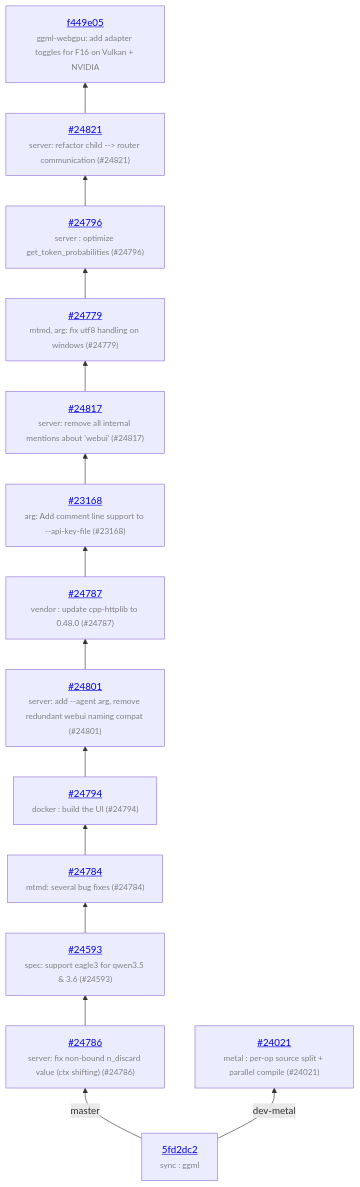
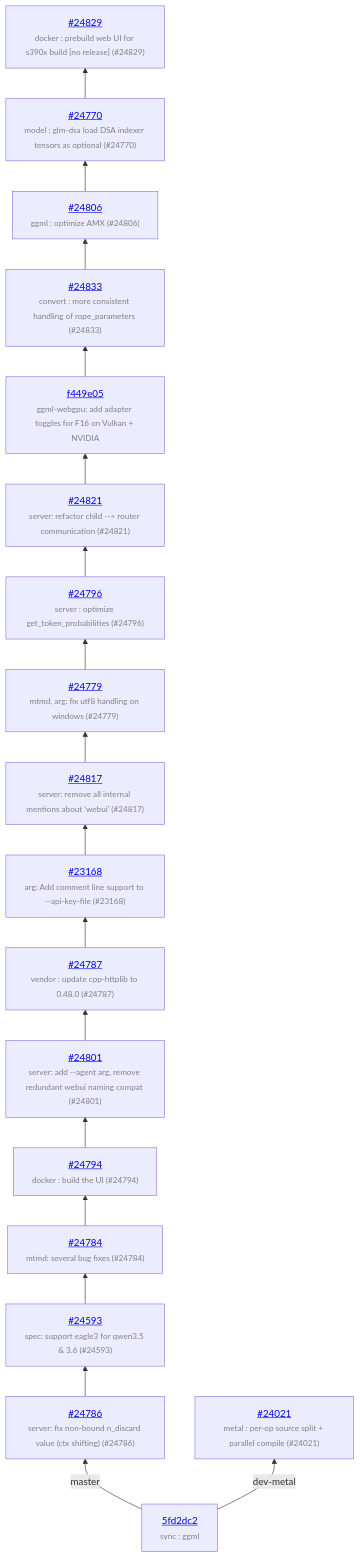
Before and after one commit to ggml-org/llama.cpp-dev: the diagram in README.md, drawn with Mermaid. The commit also changed other lines of this file and 1 other file, not shown here.

Commit message:
auto: update

````diff
--- a/README.md
+++ b/README.md
@@ -13,30 +13,38 @@
 ```mermaid
 graph BT
     COMMON["<a href='https://github.com/ggml-org/llama.cpp/commit/5fd2dc2c41c342a75c26f9756ca6b1814ed05fb4'>5fd2dc2</a><br/><span style='font-size:smaller;color:gray'>sync : ggml</span>"]
     COMMON -->|master| C_159d093
     C_159d093["<a href='https://github.com/ggml-org/llama.cpp/pull/24786'>#24786</a><br/><span style='font-size:smaller;color:gray'>server: fix non-bound n_discard value (ctx shifting) (#24786)</span>"]
     C_159d093 --> C_b14e3fb
     C_b14e3fb["<a href='https://github.com/ggml-org/llama.cpp/pull/24593'>#24593</a><br/><span style='font-size:smaller;color:gray'>spec: support eagle3 for qwen3.5 & 3.6 (#24593)</span>"]
     C_b14e3fb --> C_e2e7a9b
     C_e2e7a9b["<a href='https://github.com/ggml-org/llama.cpp/pull/24784'>#24784</a><br/><span style='font-size:smaller;color:gray'>mtmd: several bug fixes (#24784)</span>"]
     C_e2e7a9b --> C_38724ab
     C_38724ab["<a href='https://github.com/ggml-org/llama.cpp/pull/24794'>#24794</a><br/><span style='font-size:smaller;color:gray'>docker : build the UI (#24794)</span>"]
     C_38724ab --> C_8c2d6f6
     C_8c2d6f6["<a href='https://github.com/ggml-org/llama.cpp/pull/24801'>#24801</a><br/><span style='font-size:smaller;color:gray'>server: add --agent arg, remove redundant webui naming compat (#24801)</span>"]
     C_8c2d6f6 --> C_0d2d9cc
     C_0d2d9cc["<a href='https://github.com/ggml-org/llama.cpp/pull/24787'>#24787</a><br/><span style='font-size:smaller;color:gray'>vendor : update cpp-httplib to 0.48.0 (#24787)</span>"]
     C_0d2d9cc --> C_fabde3b
     C_fabde3b["<a href='https://github.com/ggml-org/llama.cpp/pull/23168'>#23168</a><br/><span style='font-size:smaller;color:gray'>arg: Add comment line support to --api-key-file (#23168)</span>"]
     C_fabde3b --> C_175147e
     C_175147e["<a href='https://github.com/ggml-org/llama.cpp/pull/24817'>#24817</a><br/><span style='font-size:smaller;color:gray'>server: remove all internal mentions about 'webui' (#24817)</span>"]
     C_175147e --> C_e475fa2
     C_e475fa2["<a href='https://github.com/ggml-org/llama.cpp/pull/24779'>#24779</a><br/><span style='font-size:smaller;color:gray'>mtmd, arg: fix utf8 handling on windows (#24779)</span>"]
     C_e475fa2 --> C_4b48a53
     C_4b48a53["<a href='https://github.com/ggml-org/llama.cpp/pull/24796'>#24796</a><br/><span style='font-size:smaller;color:gray'>server : optimize get_token_probabilities (#24796)</span>"]
     C_4b48a53 --> C_2b686a9
     C_2b686a9["<a href='https://github.com/ggml-org/llama.cpp/pull/24821'>#24821</a><br/><span style='font-size:smaller;color:gray'>server: refactor child --> router communication (#24821)</span>"]
     C_2b686a9 --> C_f449e05
     C_f449e05["<a href='https://github.com/ggml-org/llama.cpp/commit/f449e05'>f449e05</a><br/><span style='font-size:smaller;color:gray'>ggml-webgpu: add adapter toggles for F16 on Vulkan + NVIDIA</span>"]
+    C_f449e05 --> C_f4043fe
+    C_f4043fe["<a href='https://github.com/ggml-org/llama.cpp/pull/24833'>#24833</a><br/><span style='font-size:smaller;color:gray'>convert : more consistent handling of rope_parameters (#24833)</span>"]
+    C_f4043fe --> C_37a77fb
+    C_37a77fb["<a href='https://github.com/ggml-org/llama.cpp/pull/24806'>#24806</a><br/><span style='font-size:smaller;color:gray'>ggml : optimize AMX (#24806)</span>"]
+    C_37a77fb --> C_796f41b
+    C_796f41b["<a href='https://github.com/ggml-org/llama.cpp/pull/24770'>#24770</a><br/><span style='font-size:smaller;color:gray'>model : glm-dsa load DSA indexer tensors as optional (#24770)</span>"]
+    C_796f41b --> C_67e9fd3
+    C_67e9fd3["<a href='https://github.com/ggml-org/llama.cpp/pull/24829'>#24829</a><br/><span style='font-size:smaller;color:gray'>docker : prebuild web UI for s390x build [no release] (#24829)</span>"]
     COMMON -->|dev-metal| C_5d3eb99
     C_5d3eb99["<a href='https://github.com/ggml-org/llama.cpp/pull/24021'>#24021</a><br/><span style='font-size:smaller;color:gray'>metal : per-op source split + parallel compile (#24021)</span>"]
 ```
````
